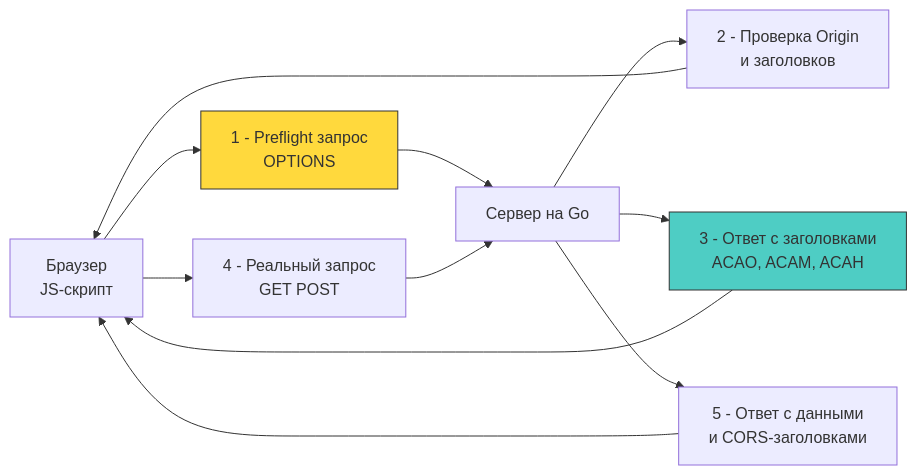
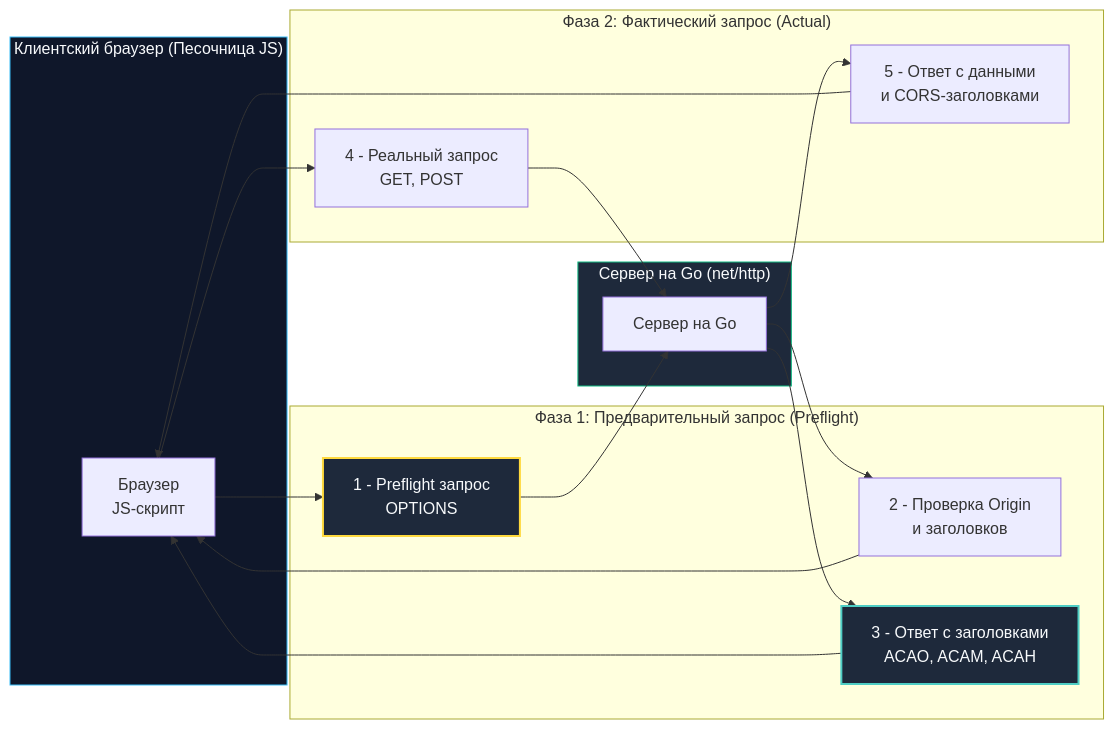
Before and after one commit to UnrealTemplier/go-textbook: the diagram in sources/17. Безопасность (AppSec в Go)/05. Безопасность API/3. CORS.md, drawn with Mermaid. The commit also changed other lines of this file, not shown here.

Commit message:
feat(module-17): editorial rewrite of 05.3 CORS in Kernighan style

````diff
--- a/sources/17. Безопасность (AppSec в Go)/05. Безопасность API/3. CORS.md
+++ b/sources/17. Безопасность (AppSec в Go)/05. Безопасность API/3. CORS.md
@@ -7,17 +18,38 @@
 ```mermaid
 flowchart LR
-    A["Браузер<br>JS-скрипт"] --> B["1 - Preflight запрос<br>OPTIONS"]
-    B --> C["Сервер на Go"]
-    C --> D["2 - Проверка Origin<br>и заголовков"]
-    C --> E["3 - Ответ с заголовками<br>ACAO, ACAM, ACAH"]
+    subgraph Browser["Клиентский браузер (Песочница JS)"]
+        A["Браузер<br/>JS-скрипт"]
+    end
+
+    subgraph PreflightPhase["Фаза 1: Предварительный запрос (Preflight)"]
+        B["1 - Preflight запрос<br/>OPTIONS"]
+        D["2 - Проверка Origin<br/>и заголовков"]
+        E["3 - Ответ с заголовками<br/>ACAO, ACAM, ACAH"]
+    end
+
+    subgraph GoServer["Сервер на Go (net/http)"]
+        C["Сервер на Go"]
+    end
+
+    subgraph ActualPhase["Фаза 2: Фактический запрос (Actual)"]
+        F["4 - Реальный запрос<br/>GET, POST"]
+        G["5 - Ответ с данными<br/>и CORS-заголовками"]
+    end
+
+    A --> B
+    B --> C
+    C --> D
+    C --> E
     D --> A
     E --> A
     
-    A --> F["4 - Реальный запрос<br>GET POST"]
+    A --> F
     F --> C
-    C --> G["5 - Ответ с данными<br>и CORS-заголовками"]
+    C --> G
     G --> A
-    
-    style B fill:#ffd93d,stroke:#333
-    style E fill:#4ecdc4,stroke:#333
+
+    style Browser fill:#0f172a,stroke:#38bdf8,stroke-width:1px,color:#f8fafc
+    style GoServer fill:#1e293b,stroke:#10b981,stroke-width:1px,color:#f8fafc
+    style B fill:#1e293b,stroke:#ffd93d,stroke-width:2px,color:#f8fafc
+    style E fill:#1e293b,stroke:#4ecdc4,stroke-width:2px,color:#f8fafc
 ```
````
